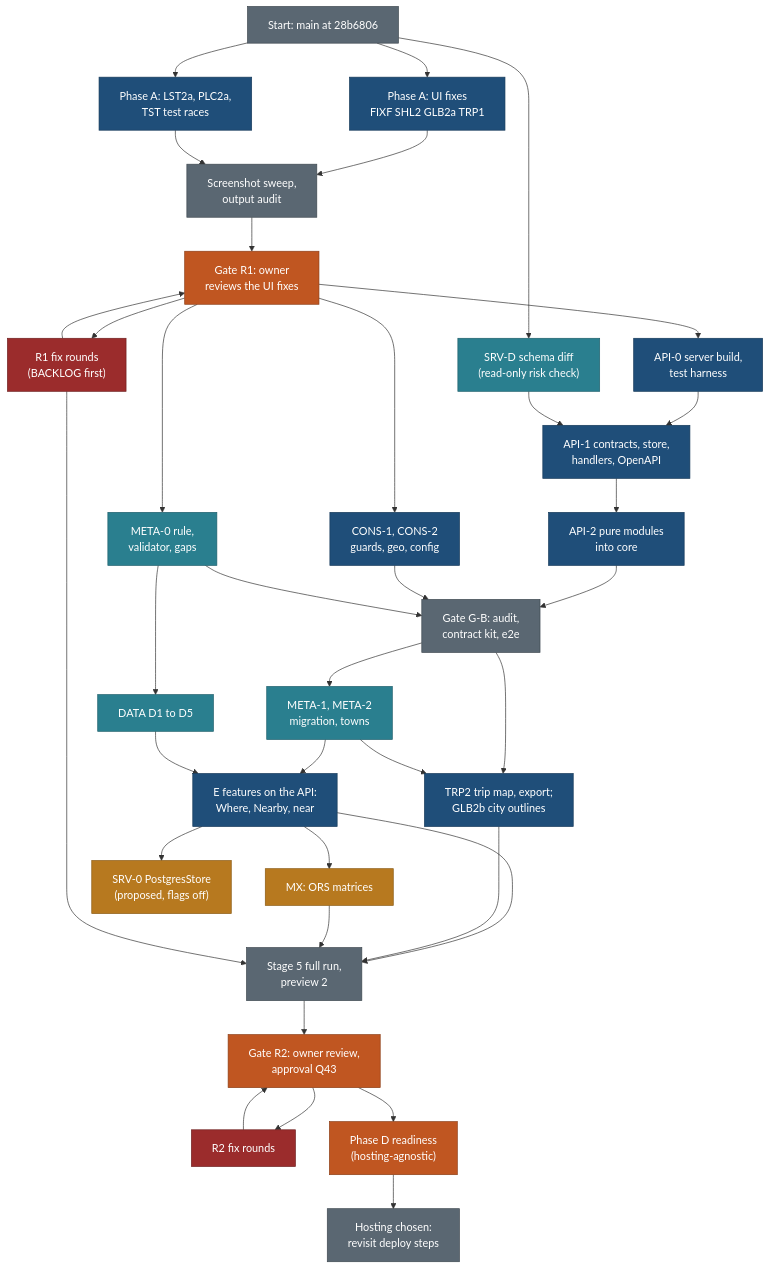
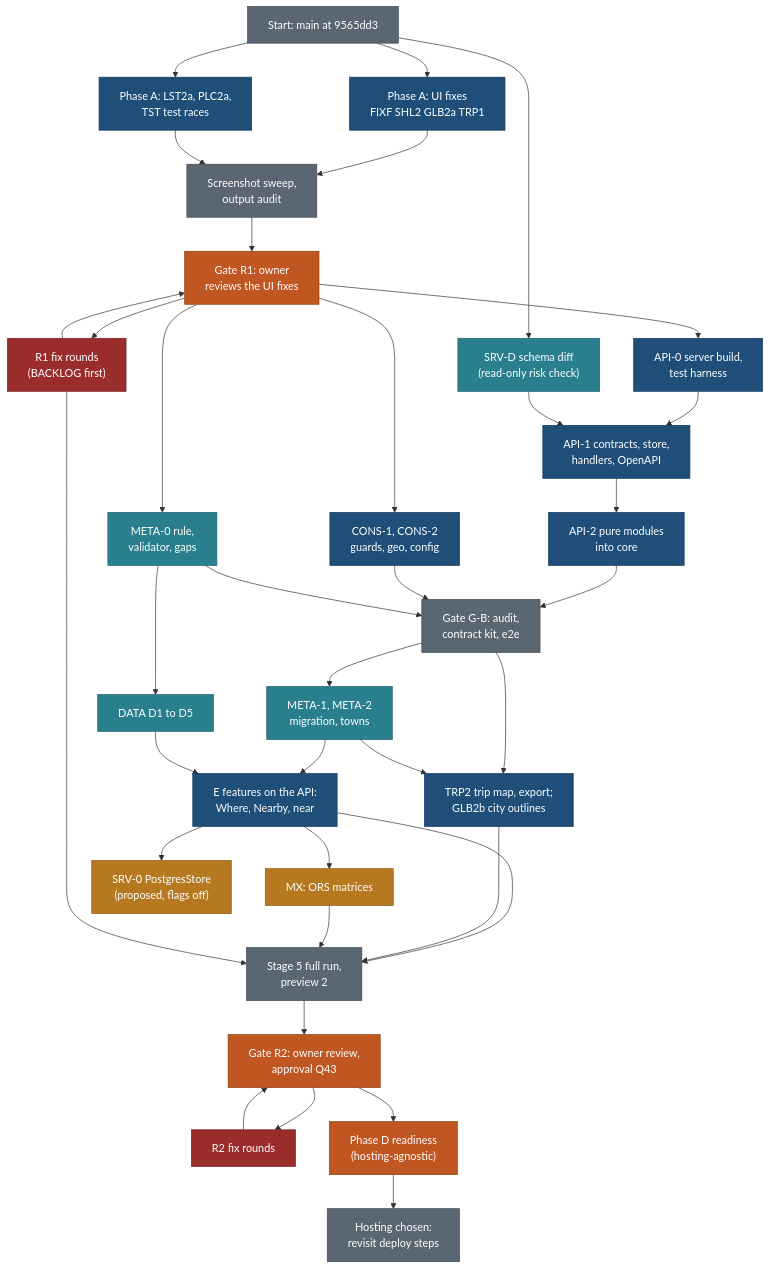
Before and after one commit to nitin27may/travel: the diagram in docs/v2/build/public-site/EXECUTION-PLAN.md, drawn with Mermaid. The commit also changed other lines of this file and 88 other files, not shown here.

````diff
--- a/docs/v2/build/public-site/EXECUTION-PLAN.md
+++ b/docs/v2/build/public-site/EXECUTION-PLAN.md
@@ -67,59 +67,59 @@
 ```mermaid
 flowchart TD
   classDef core fill:#1F4E79,stroke:#163A5A,color:#FFFFFF
   classDef data fill:#2A7F8F,stroke:#1E5F6B,color:#FFFFFF
   classDef ext fill:#B7791F,stroke:#8A5A12,color:#FFFFFF
   classDef gate fill:#C05621,stroke:#8C3E17,color:#FFFFFF
   classDef infra fill:#5A6772,stroke:#3E4850,color:#FFFFFF
   classDef red fill:#9B2C2C,stroke:#6E1F1F,color:#FFFFFF
 
-  N0["Start: main at 28b6806"]:::infra
+  N0["Start: main at 9565dd3"]:::infra
   SD["SRV-D schema diff<br/>(read-only risk check)"]:::data
   A["Phase A: UI fixes<br/>FIXF SHL2 GLB2a TRP1"]:::core
   A2["Phase A: LST2a, PLC2a,<br/>TST test races"]:::core
   SW["Screenshot sweep,<br/>output audit"]:::infra
   R1["Gate R1: owner<br/>reviews the UI fixes"]:::gate
   F1["R1 fix rounds<br/>(BACKLOG first)"]:::red
   API0["API-0 server build,<br/>test harness"]:::core
   API1["API-1 contracts, store,<br/>handlers, OpenAPI"]:::core
   API2["API-2 pure modules<br/>into core"]:::core
   CN["CONS-1, CONS-2<br/>guards, geo, config"]:::core
   M0["META-0 rule,<br/>validator, gaps"]:::data
   GB["Gate G-B: audit,<br/>contract kit, e2e"]:::infra
   M1["META-1, META-2<br/>migration, towns"]:::data
   DT["DATA D1 to D5"]:::data
   EUI["E features on the API:<br/>Where, Nearby, near"]:::core
   ETR["TRP2 trip map, export;<br/>GLB2b city outlines"]:::core
   MX["MX: ORS matrices"]:::ext
   S5["Stage 5 full run,<br/>preview 2"]:::infra
   R2["Gate R2: owner review,<br/>approval Q43"]:::gate
   F2["R2 fix rounds"]:::red
   D["Phase D readiness<br/>(hosting-agnostic)"]:::gate
   SRV["SRV-0 PostgresStore<br/>(proposed, flags off)"]:::ext
   HOST["Hosting chosen:<br/>revisit deploy steps"]:::infra
 
   N0 --> A --> SW
   N0 --> A2 --> SW
   N0 --> SD
   SW --> R1
   R1 --> F1 --> R1
   R1 --> API0 --> API1 --> API2 --> GB
   R1 --> CN --> GB
   R1 --> M0 --> GB
   M0 --> DT
   SD --> API1
   GB --> M1 --> EUI
   DT --> EUI
   GB --> ETR
   M1 --> ETR
   EUI --> MX
   EUI --> S5
   ETR --> S5
   MX --> S5
   F1 --> S5
   S5 --> R2
   R2 --> F2 --> R2
   R2 --> D
   EUI --> SRV
   D --> HOST
 ```
````
